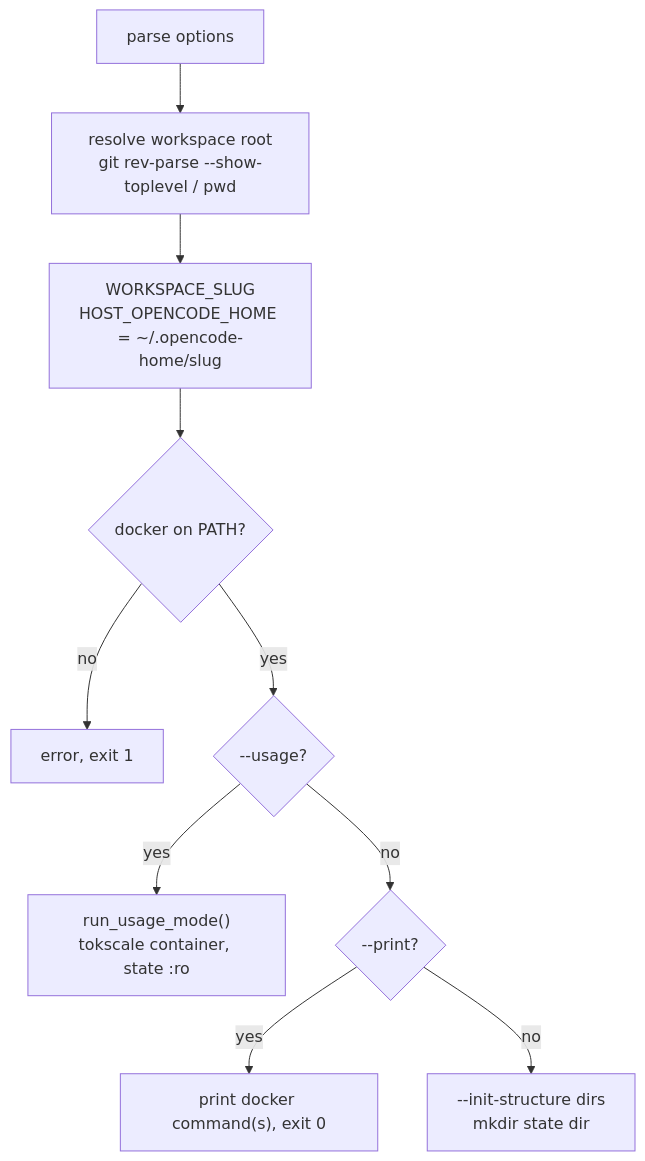
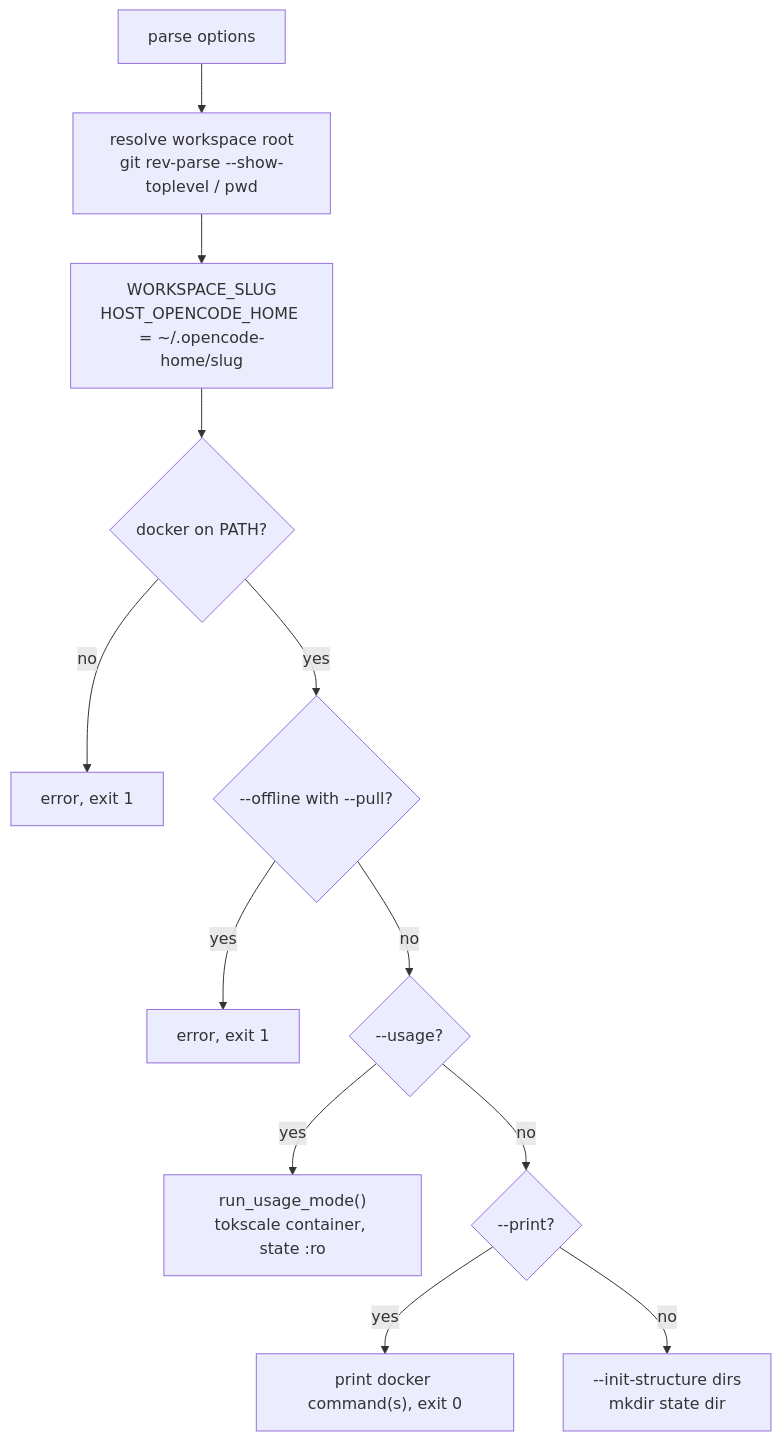
Before and after one commit to LanNguyenSi/opencode-sandbox: the first of 3 diagrams in docs/architecture.md, drawn with Mermaid. The commit also changed other lines of this file and 1 other file, not shown here.

First line of the commit message:
docs: tighten slug, compose build and startup flow descriptions

````diff
--- a/docs/architecture.md
+++ b/docs/architecture.md
@@ -11,12 +11,14 @@
 ```mermaid
 flowchart TD
     A["parse options"] --> B["resolve workspace root<br/>git rev-parse --show-toplevel / pwd"]
     B --> C["WORKSPACE_SLUG<br/>HOST_OPENCODE_HOME = ~/.opencode-home/slug"]
     C --> D{"docker on PATH?"}
     D -- no --> D1["error, exit 1"]
-    D -- yes --> U{"--usage?"}
+    D -- yes --> OP{"--offline with --pull?"}
+    OP -- yes --> OP1["error, exit 1"]
+    OP -- no --> U{"--usage?"}
     U -- yes --> UM["run_usage_mode()<br/>tokscale container, state :ro"]
     U -- no --> P{"--print?"}
     P -- yes --> PO["print docker command(s), exit 0"]
     P -- no --> M["--init-structure dirs<br/>mkdir state dir"]
 ```
````
